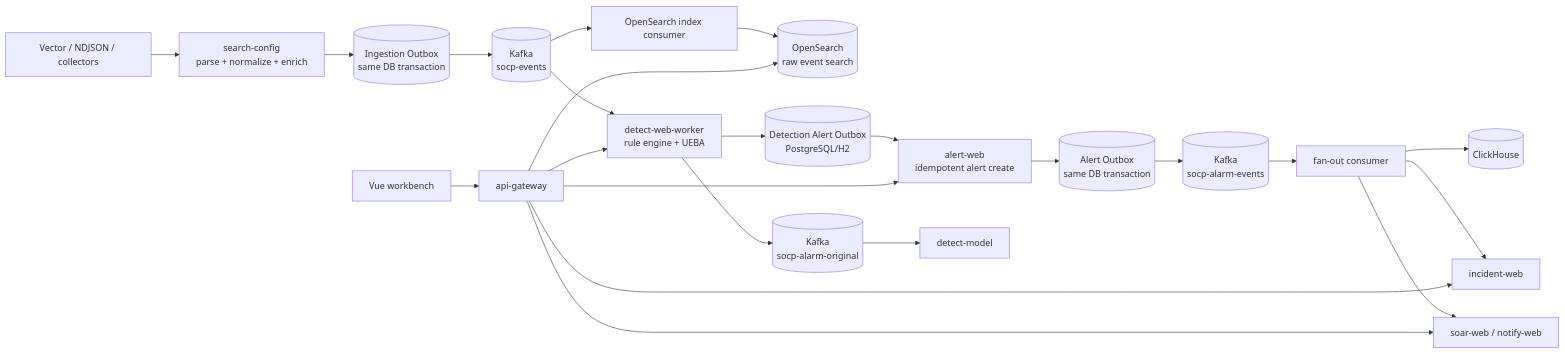
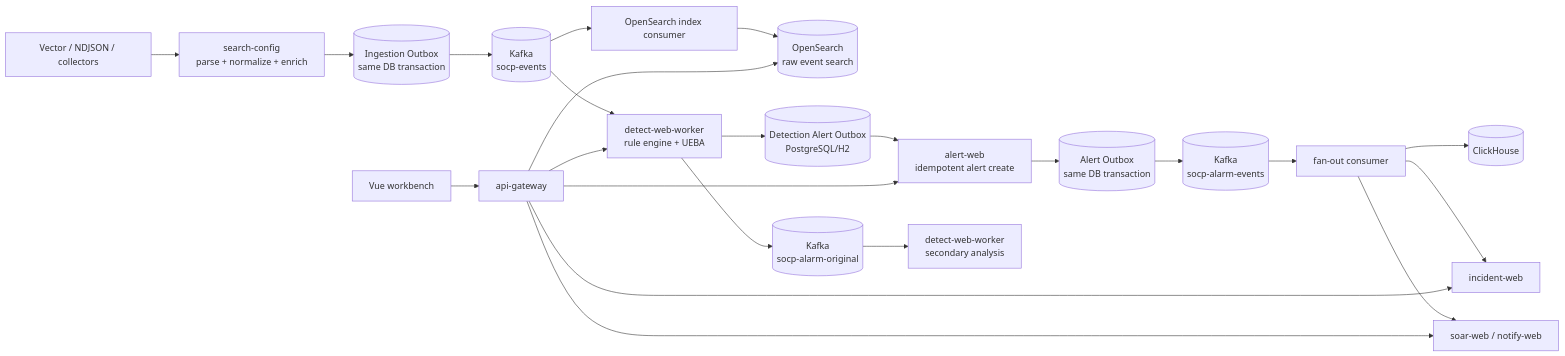
One commit to VincentXR/socp-siem changed the diagram in docs/architecture.md. Above: the diagram before and after it, drawn with Mermaid. The commit also changed other lines of this file and 68 other files, not shown here.

Commit message:
refactor(detection): embed secondary analyzer in worker

````diff
--- a/docs/architecture.md
+++ b/docs/architecture.md
@@ -9,25 +9,25 @@
 ```mermaid
 flowchart LR
   S[Vector / NDJSON / collectors] --> P[search-config<br/>parse + normalize + enrich]
   P --> IO[(Ingestion Outbox<br/>same DB transaction)]
   IO --> K[(Kafka<br/>socp-events)]
   K --> D[detect-web-worker<br/>rule engine + UEBA]
   K --> IX[OpenSearch index consumer]
   IX --> OS[(OpenSearch<br/>raw event search)]
   D --> DO[(Detection Alert Outbox<br/>PostgreSQL/H2)]
   DO --> A[alert-web<br/>idempotent alert create]
   A --> AO[(Alert Outbox<br/>same DB transaction)]
   AO --> AK[(Kafka<br/>socp-alarm-events)]
   AK --> FAN[fan-out consumer]
   FAN --> CK[(ClickHouse)]
   FAN --> I[incident-web]
   FAN --> R[soar-web / notify-web]
   D --> DM[(Kafka<br/>socp-alarm-original)]
-  DM --> M[detect-model]
+  DM --> M[detect-web-worker<br/>secondary analysis]
   UI[Vue workbench] --> GW[api-gateway]
   GW --> D
   GW --> A
   GW --> OS
   GW --> I
   GW --> R
 ```
````
